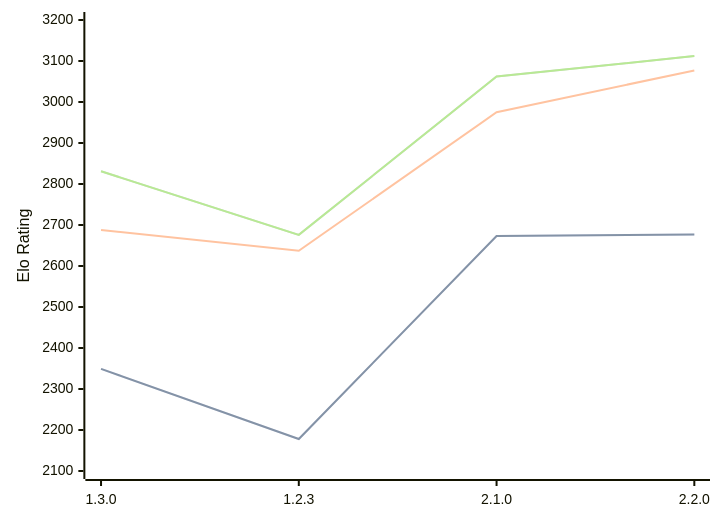
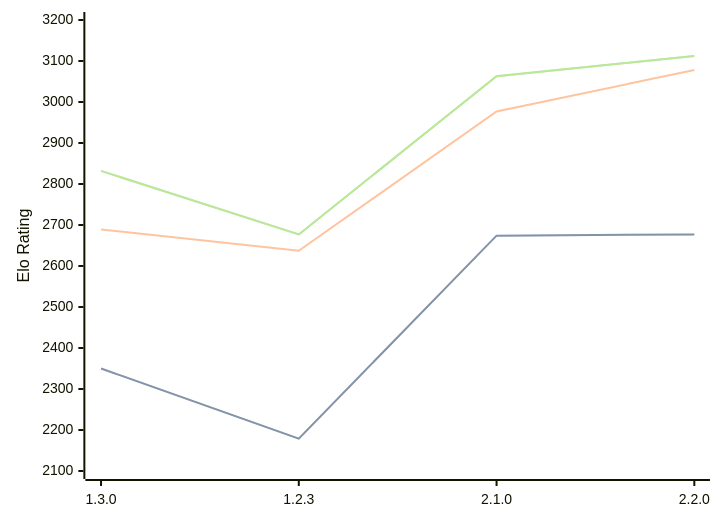
One commit to computer-chess-index/cci changed the diagram in engines/Aspen.md. Above: the diagram before and after it, drawn with Mermaid. The commit also changed other lines of this file, not shown here.

Commit message:
Update CCI Ratings (ELO VLTC) - 2026-07-23

````diff
--- a/engines/Aspen.md
+++ b/engines/Aspen.md
@@ -43,11 +43,11 @@
 ```mermaid
 %%{init: {"theme":"base","themeVariables":{"seriesColors:['#a3a3a3','#222221','#faa371']}}}%%
 xychart-beta
   x-axis ["1.3.0", "1.2.3", "2.1.0", "2.2.0"]
   y-axis "Elo Rating" 2100 --> 3200
-  line "STC (8.0+0.08s)" [2349, 2178, 2673, 2677]
-  line "STC (8.0+0.08s)" [2349, 2178, 2673, 2677]
-  line "LTC (60.0+0.60s)" [2688, 2637, 2975, 3077]
-  line "VLTC (2m24s+1.12s)" [2831, 2676, 3062, 3112]
-  line "VLTC (2m24s+1.12s)" [2831, 2676, 3062, 3112]
+  line "STC (8.0+0.08s)" [2350, 2179, 2674, 2677]
+  line "STC (8.0+0.08s)" [2350, 2179, 2674, 2677]
+  line "LTC (60.0+0.60s)" [2689, 2637, 2977, 3078]
+  line "VLTC (2m24s+1.12s)" [2832, 2677, 3063, 3112]
+  line "VLTC (2m24s+1.12s)" [2832, 2677, 3063, 3112]
 ```
````
